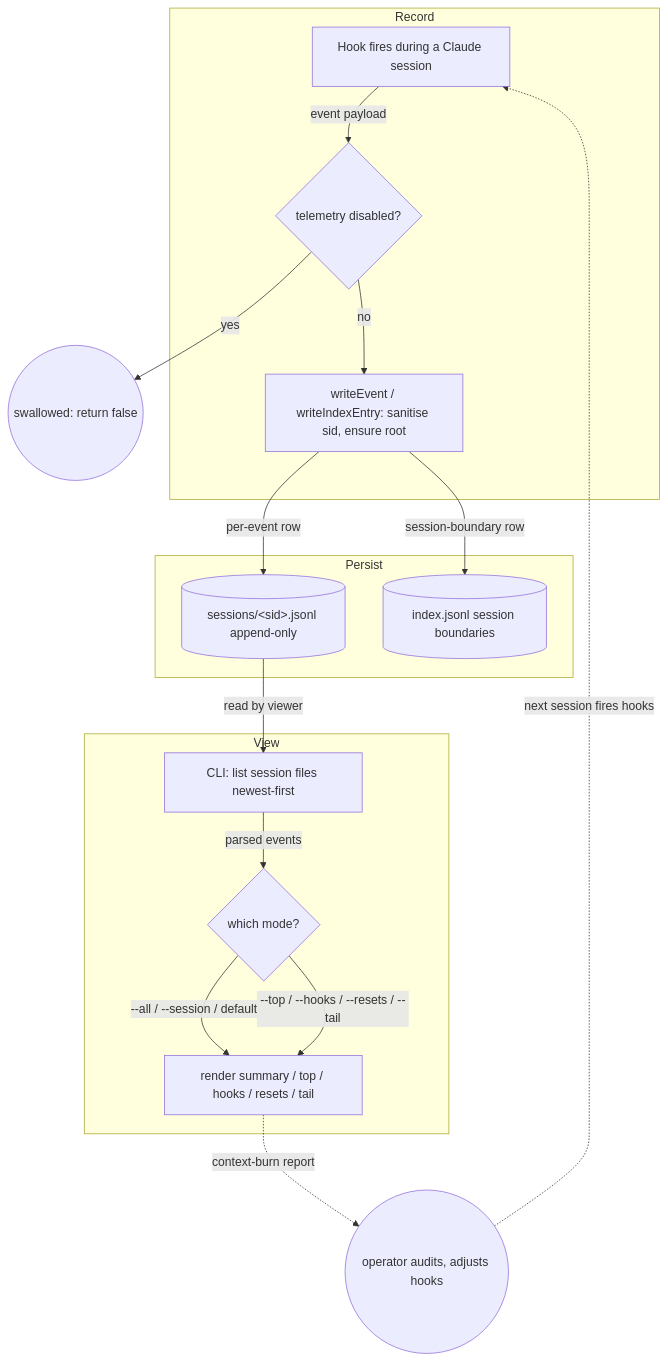
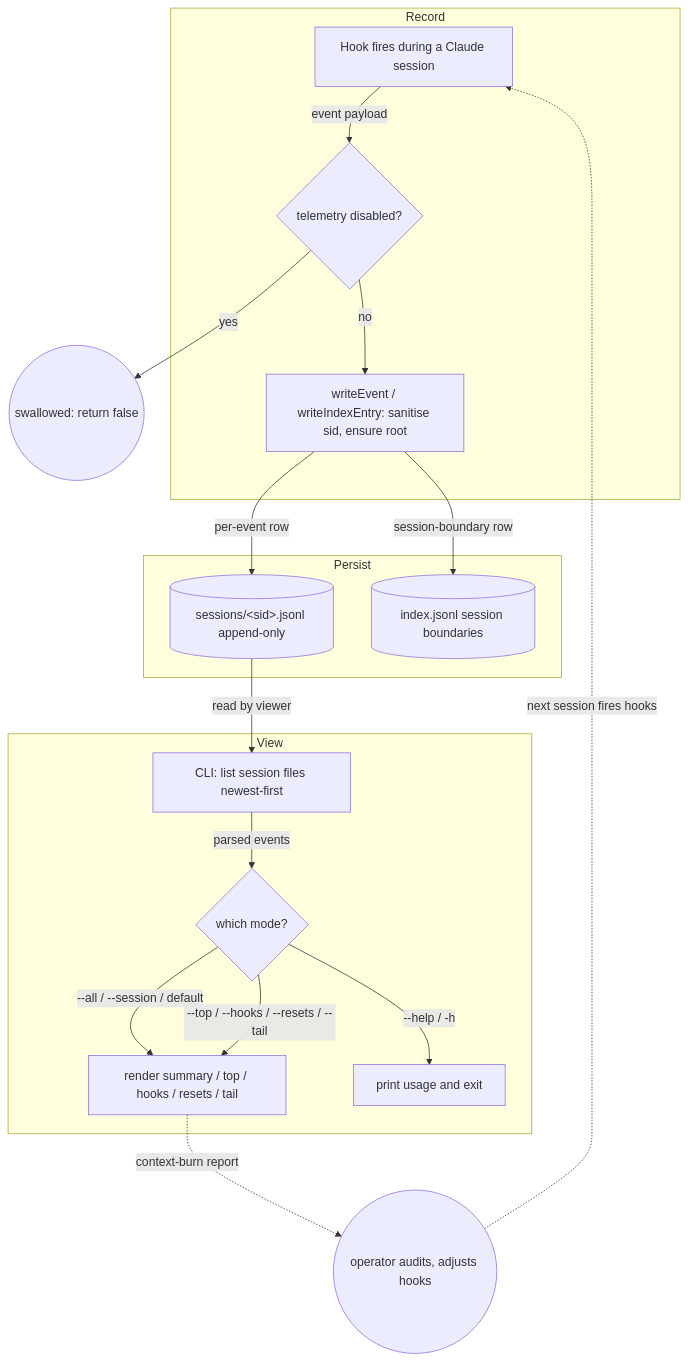
One commit to decider/codecontext changed the diagram in docs/systems/telemetry.md. Above: the diagram before and after it, drawn with Mermaid. The commit also changed other lines of this file and 14 other files, not shown here.

First line of the commit message:
fix: top-down loop diagrams + layout-stability guard, higher-quality manifests

````diff
--- a/docs/systems/telemetry.md
+++ b/docs/systems/telemetry.md
@@ -28,28 +28,30 @@
 ```mermaid
 flowchart TB
   subgraph Record
     H[Hook fires during a Claude session]
     D{telemetry disabled?}
-    W[writeEvent / writeIndexEntry: sanitise sid, ensure root]
+    W["writeEvent / writeIndexEntry: sanitise sid, ensure root"]
   end
   subgraph Persist
     S[("sessions/&lt;sid&gt;.jsonl append-only")]
     X[("index.jsonl session boundaries")]
   end
   subgraph View
     L[CLI: list session files newest-first]
     M{which mode?}
-    R[render summary / top / hooks / resets / tail]
+    R["render summary / top / hooks / resets / tail"]
+    HLP[print usage and exit]
   end
   H -->|event payload| D
   D -->|yes| N((swallowed: return false))
   D -->|no| W
   W -->|per-event row| S
   W -->|session-boundary row| X
   S -->|read by viewer| L
   L -->|parsed events| M
-  M -->|--all / --session / default| R
-  M -->|--top / --hooks / --resets / --tail| R
+  M -->|"--all / --session / default"| R
+  M -->|"--top / --hooks / --resets / --tail"| R
+  M -->|"--help / -h"| HLP
   R -.->|context-burn report| O((operator audits, adjusts hooks))
   O -.->|next session fires hooks| H
 ```
````
